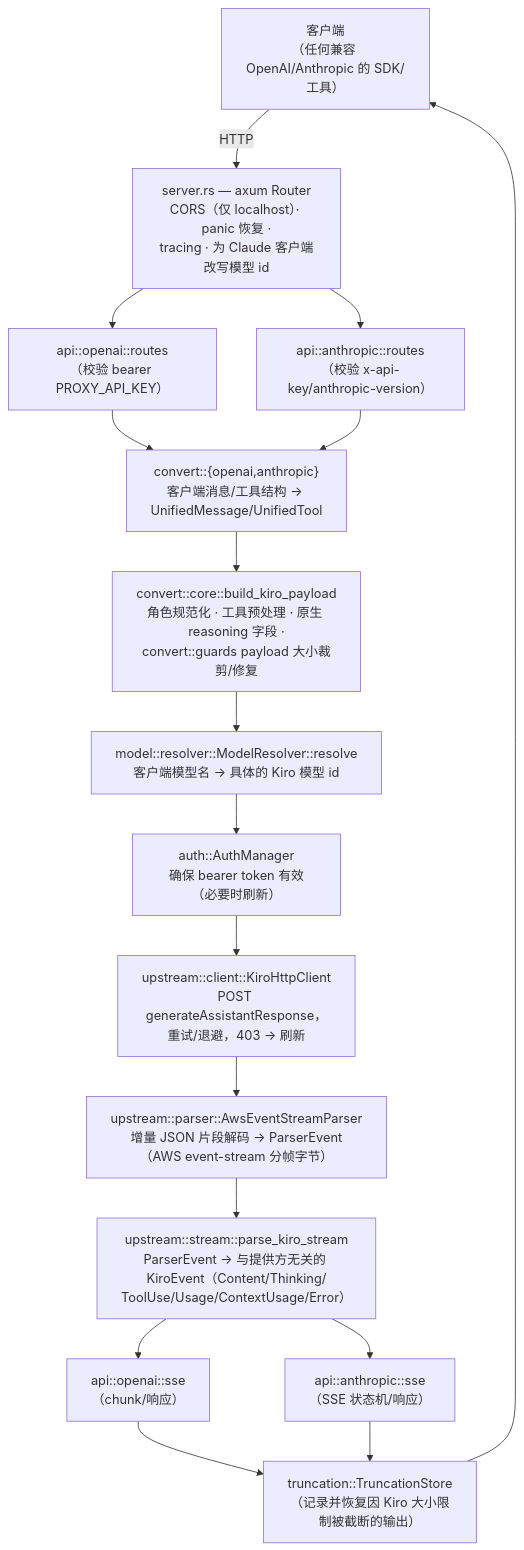
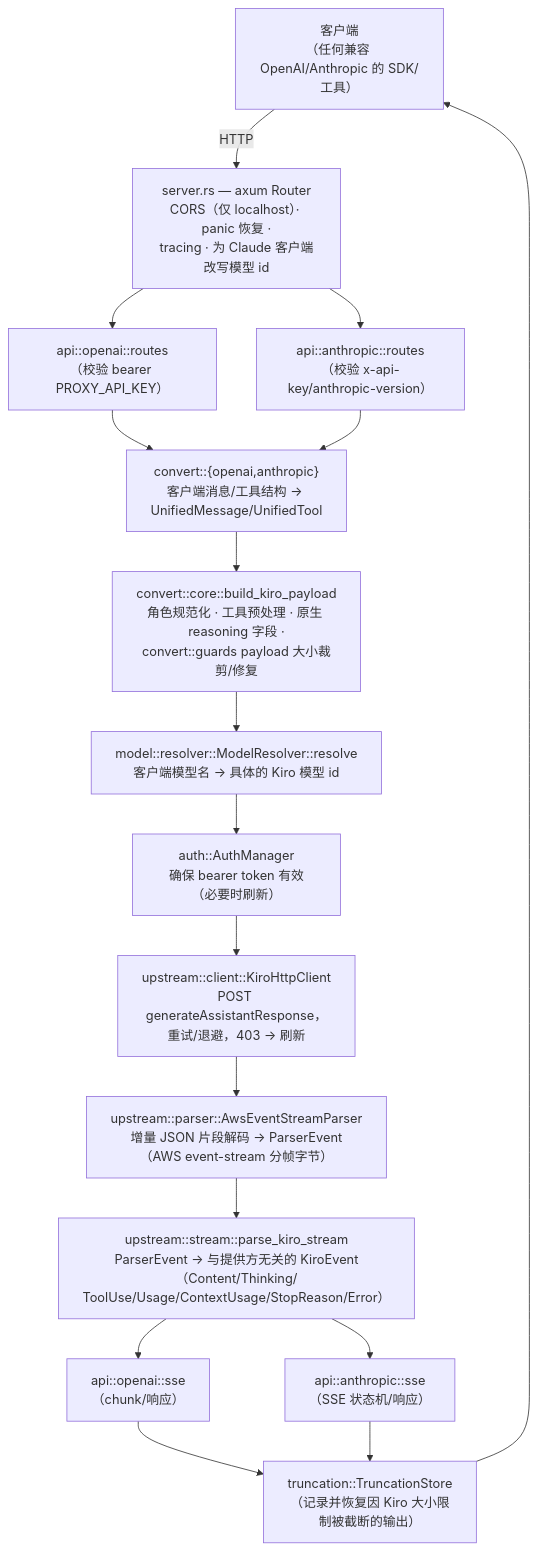
One commit to dennis0700/Lanius changed the second of 2 diagrams in docs/zh-CN/architecture.md. Above: the diagram before and after it, drawn with Mermaid. The commit also changed 45 other files, not shown here.

First line of the commit message:
feat(upstream): match the Kiro CLI 3.5.0 V3 agent protocol

````diff
--- a/docs/zh-CN/architecture.md
+++ b/docs/zh-CN/architecture.md
@@ -90,34 +90,34 @@
 ```mermaid
 flowchart TD
     client["客户端<br/>（任何兼容 OpenAI/Anthropic 的 SDK/工具）"]
     server_router["server.rs — axum Router<br/>CORS（仅 localhost）· panic 恢复 ·<br/>tracing · 为 Claude 客户端改写模型 id"]
     openai_routes["api::openai::routes<br/>（校验 bearer PROXY_API_KEY）"]
     anthropic_routes["api::anthropic::routes<br/>（校验 x-api-key/anthropic-version）"]
     convert_adapters["convert::{openai,anthropic}<br/>客户端消息/工具结构 -&gt; UnifiedMessage/UnifiedTool"]
     build_payload["convert::core::build_kiro_payload<br/>角色规范化 · 工具预处理 · 原生 reasoning 字段 ·<br/>convert::guards payload 大小裁剪/修复"]
     resolver["model::resolver::ModelResolver::resolve<br/>客户端模型名 -&gt; 具体的 Kiro 模型 id"]
     auth_manager["auth::AuthManager<br/>确保 bearer token 有效（必要时刷新）"]
     kiro_client["upstream::client::KiroHttpClient<br/>POST generateAssistantResponse，重试/退避，403 -&gt; 刷新"]
     aws_parser["upstream::parser::AwsEventStreamParser<br/>增量 JSON 片段解码 -&gt; ParserEvent<br/>（AWS event-stream 分帧字节）"]
-    kiro_stream["upstream::stream::parse_kiro_stream<br/>ParserEvent -&gt; 与提供方无关的 KiroEvent（Content/Thinking/<br/>ToolUse/Usage/ContextUsage/Error）"]
+    kiro_stream["upstream::stream::parse_kiro_stream<br/>ParserEvent -&gt; 与提供方无关的 KiroEvent（Content/Thinking/<br/>ToolUse/Usage/ContextUsage/StopReason/Error）"]
     openai_sse["api::openai::sse<br/>（chunk/响应）"]
     anthropic_sse["api::anthropic::sse<br/>（SSE 状态机/响应）"]
     truncation_store["truncation::TruncationStore<br/>（记录并恢复因 Kiro 大小限制被截断的输出）"]
 
     client -->|HTTP| server_router
     server_router --> openai_routes
     server_router --> anthropic_routes
     openai_routes --> convert_adapters
     anthropic_routes --> convert_adapters
     convert_adapters --> build_payload
     build_payload --> resolver
     resolver --> auth_manager
     auth_manager --> kiro_client
     kiro_client --> aws_parser
     aws_parser --> kiro_stream
     kiro_stream --> openai_sse
     kiro_stream --> anthropic_sse
     openai_sse --> truncation_store
     anthropic_sse --> truncation_store
     truncation_store --> client
 ```
````
